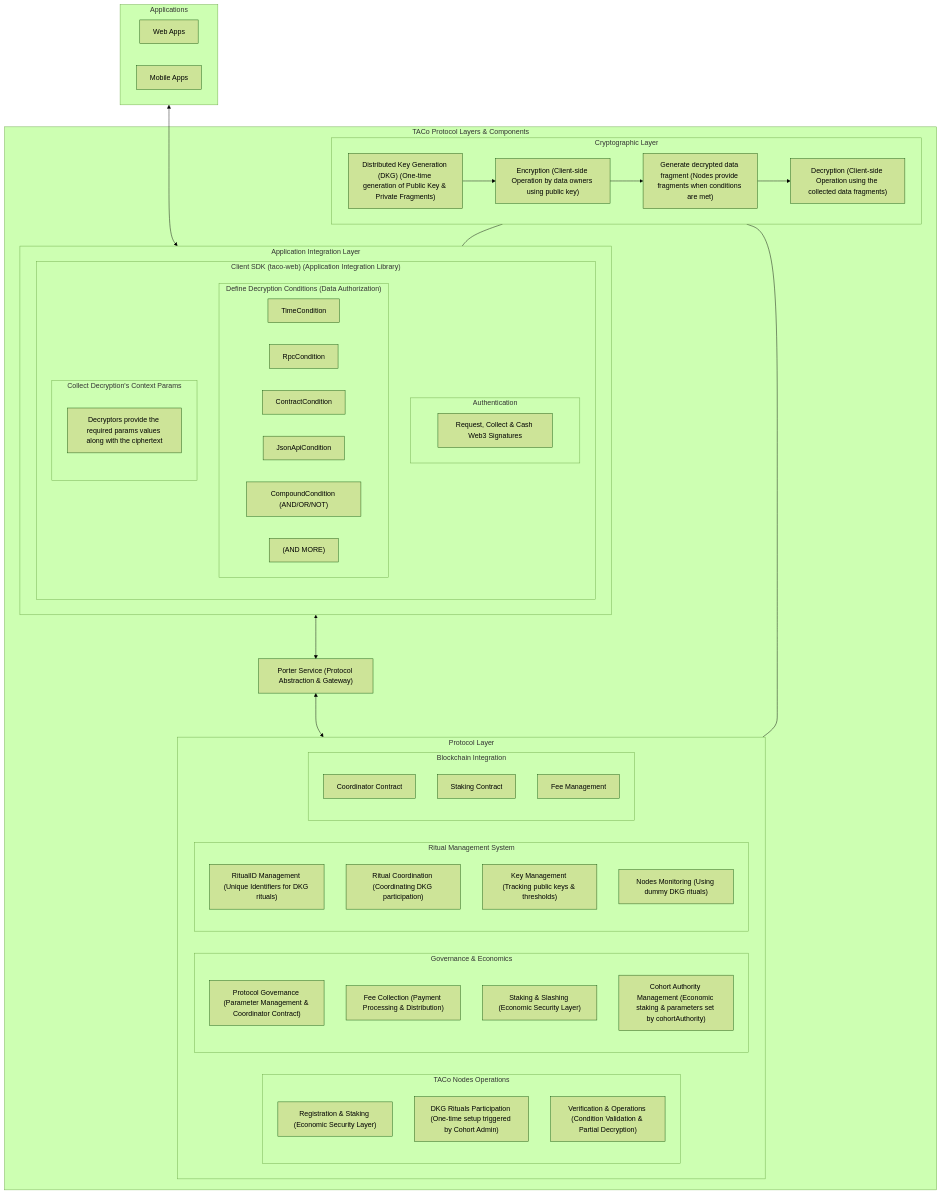
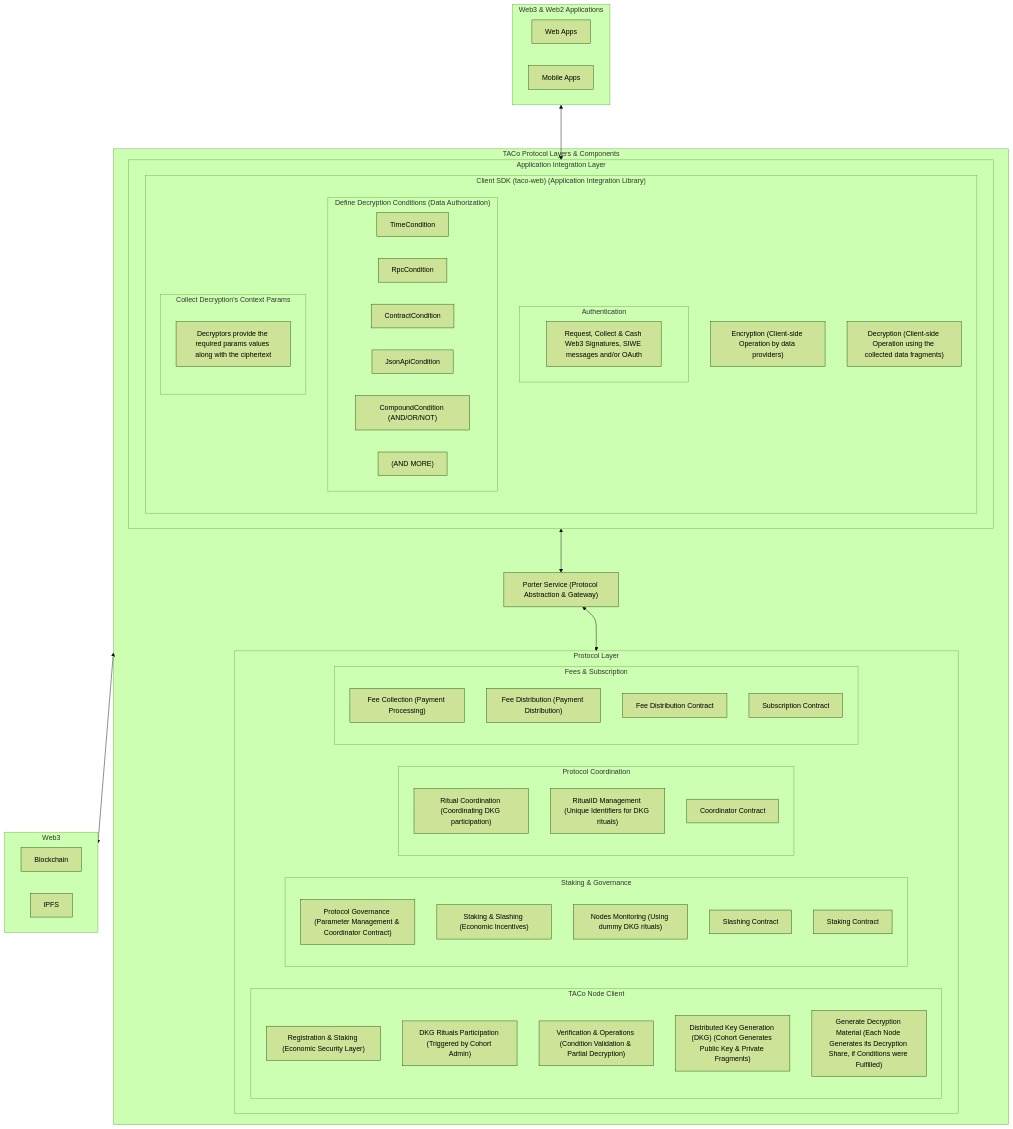
One commit to nucypher/taco-docs changed the diagram in .gitbook/assets/architecture/taco-layers-and-components.mermaid.md. Above: the diagram before and after it, drawn with Mermaid (forest theme). The commit also changed other lines of this file and 2 other files, not shown here.

Commit message:
update architecture diagram

````diff
--- a/.gitbook/assets/architecture/taco-layers-and-components.mermaid.md
+++ b/.gitbook/assets/architecture/taco-layers-and-components.mermaid.md
@@ -14,24 +16,26 @@
 ```mermaid
 graph TD
-%% TACo Architecture Diagram - Version 2.0
-%% Enhanced for better processing
-%% data-category: user-applications
- subgraph app-integration["Applications"]
+%% TACo Architecture Diagram - Version 3.0
+%% Updated: 2025-06-02
+%% Enhanced for better processing and aligned with draw.io changes
+
+%% data-category: external-systems
+ subgraph web-applications["Web3 & Web2 Applications"]
         web-apps["Web Apps"]
         mobile-apps["Mobile Apps"]
   end
 
-%% data-architecture-version: 2.0
+%% data-architecture-version: 3.0
  subgraph taco-system["TACo Protocol Layers & Components"]
 
-%% data-layer: application
+%% data-layer: application-integration
  subgraph application-domain["Application Integration Layer"]
 
 %% data-component: client-sdk
     subgraph client-sdk["Client SDK (taco-web) (Application Integration Library)"]
 %% data-feature: authentication
-            subgraph authentication["Authentication"]
-                    web3-signatures-desc["Request, Collect & Cash Web3 Signatures"]
+            subgraph authentication-component["Authentication"]
+                    web3-signatures-desc["Request, Collect & Cash Web3 Signatures, SIWE messages and/or OAuth"]
             end
 
 %% data-feature: conditions
@@ -43,67 +47,78 @@
                     compound-condition["CompoundCondition (AND/OR/NOT)"]
                     more-conditions["(AND MORE)"]
             end
-            
+
 %% data-feature: context-params
-            subgraph collect-context-params["Collect Decryption's Context Params"]
+            subgraph collect-decryption-params["Collect Decryption's Context Params"]
                     context-params-desc["Decryptors provide the required params values along with the ciphertext"]
             end
+
+%% data-primitive: encryption
+            encryption["Encryption (Client-side Operation by data providers)"]
+%% data-primitive: decryption
+            decryption["Decryption (Client-side Operation using the collected data fragments)"]
     end
   end
-%% data-component: nodes
- subgraph node-infrastructure["TACo Nodes Operations"]
-        node-participation["Registration & Staking (Economic Security Layer)"]
-        cohort-organization["DKG Rituals Participation (One-time setup triggered by Cohort Admin)"]
-        verification-operations["Verification & Operations (Condition Validation & Partial Decryption)"]
-  end
-%% data-component: governance
- subgraph governance-economics["Governance & Economics"]
-        protocol-governance["Protocol Governance (Parameter Management & Coordinator Contract)"]
-        fee-collection["Fee Collection (Payment Processing & Distribution)"]
-        staking-slashing["Staking & Slashing (Economic Security Layer)"]
-        cohort-authority-mgmt["Cohort Authority Management (Economic staking & parameters set by cohortAuthority)"]
-  end
-%% data-component: ritual-management
- subgraph ritual-management["Ritual Management System"]
-        ritual-id["RitualID Management (Unique Identifiers for DKG rituals)"]
-        ritual-coordination["Ritual Coordination (Coordinating DKG participation)"]
-        key-management["Key Management (Tracking public keys & thresholds)"]
-        node-monitoring["Nodes Monitoring (Using dummy DKG rituals)"]
-  end
-%% data-component: blockchain
- subgraph blockchain-integration["Blockchain Integration"]
-        coordinator-contract["Coordinator Contract"]
-        staking-contract["Staking Contract"]
-        fee-contract["Fee Management"]
-  end
-%% data-component: gateway
-porter-service["Porter Service (Protocol Abstraction & Gateway)"]
+
 %% data-layer: protocol
  subgraph protocol-domain["Protocol Layer"]
-        node-infrastructure
-        governance-economics
-        ritual-management
-        blockchain-integration
-  end
-%% data-layer: cryptography
- subgraph crypto-layer["Cryptographic Layer"]
-%% data-operation: key-generation
-        dkg["Distributed Key Generation (DKG) (One-time generation of Public Key & Private Fragments)"]
-%% data-operation: data-encryption
-        encryption["Encryption (Client-side Operation by data owners using public key)"]
-%% data-operation: fragment-generation
-        threshold-schemes["Generate decrypted data fragment (Nodes provide fragments when conditions are met)"]
-%% data-operation: data-decryption
-        decryption["Decryption (Client-side Operation using the collected data fragments)"]
+
+%% data-component: taco-node-client
+    subgraph taco-node-client["TACo Node Client"]
+            node-participation["Registration & Staking (Economic Security Layer)"]
+            dkg-participation["DKG Rituals Participation (Triggered by Cohort Admin)"]
+            verification-operations["Verification & Operations (Condition Validation & Partial Decryption)"]
+
+%% data-primitive: dkg
+            dkg-primitive["Distributed Key Generation (DKG) (Cohort Generates Public Key & Private Fragments)"]
+%% data-primitive: threshold
+            threshold-schemes-primitive["Generate Decryption Material (Each Node Generates its Decryption Share, if Conditions were Fulfilled)"]
+    end
+
+%% data-component: staking-governance
+    subgraph staking-governance["Staking & Governance"]
+            protocol-governance["Protocol Governance (Parameter Management & Coordinator Contract)"]
+            staking-slashing["Staking & Slashing (Economic Incentives)"]
+            node-monitoring["Nodes Monitoring (Using dummy DKG rituals)"]
+            slashing-contract["Slashing Contract"]
+            staking-contract["Staking Contract"]
+    end
+
+%% data-component: protocol-coordination
+    subgraph protocol-coordination["Protocol Coordination"]
+            ritual-coordination["Ritual Coordination (Coordinating DKG participation)"]
+            ritual-id["RitualID Management (Unique Identifiers for DKG rituals)"]
+            coordinator-contract["Coordinator Contract"]
+    end
+
+%% data-component: fees-subscription
+    subgraph fees-subscription["Fees & Subscription"]
+            fee-collection["Fee Collection (Payment Processing)"]
+            fee-distribution["Fee Distribution (Payment Distribution)"]
+            fee-contract["Fee Distribution Contract"]
+            subscription-contract["Subscription Contract"]
+    end
   end
 
-  end
-%% data-flow: app-integration
-    app-integration <---> application-domain
-%% data-flow: layer-connections
-    protocol-domain --- crypto-layer --- application-domain
-%% data-flow: porter-gateway
-    application-domain <---> porter-service <---> protocol-domain
-%% data-flow: crypto-operations
-    dkg --> encryption --> threshold-schemes --> decryption
+%% data-component: gateway
+  porter-service["Porter Service (Protocol Abstraction & Gateway)"]
+
+end
+
+%% data-category: external-systems
+subgraph web3-external-system["Web3"]
+        blockchain["Blockchain"]
+        ipfs["IPFS"]
+
+end
+%% data-flow: web3-integration
+taco-system <---> web3-external-system
+
+
+%% data-flow: gateway-connections
+application-domain <---> porter-service <---> protocol-domain
+
+%% data-flow: application-connections
+web-applications <---> application-domain
+
 ```
````
